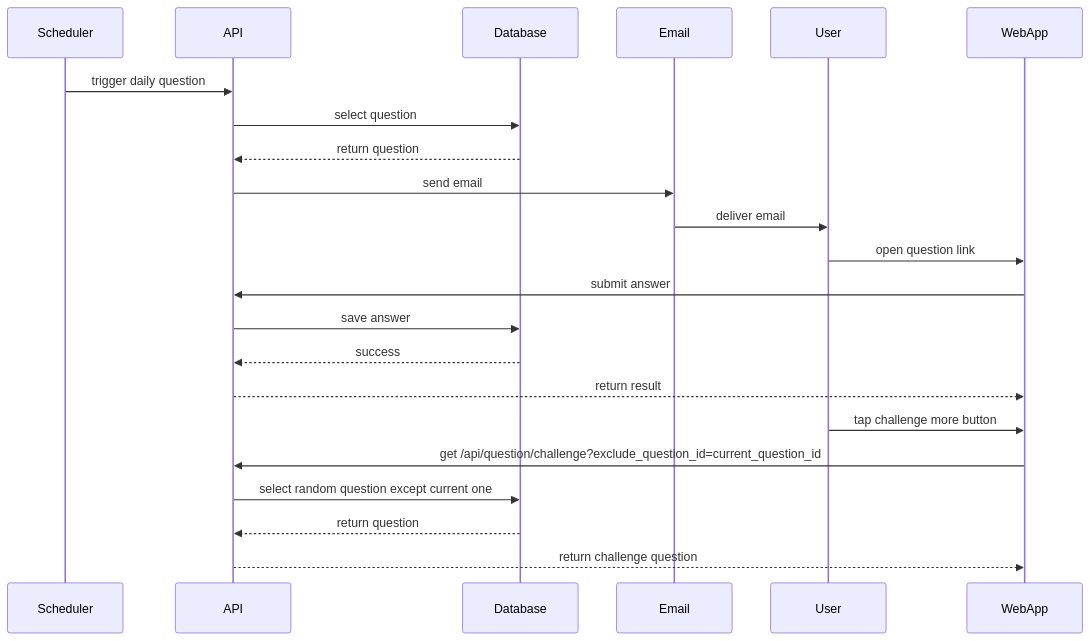
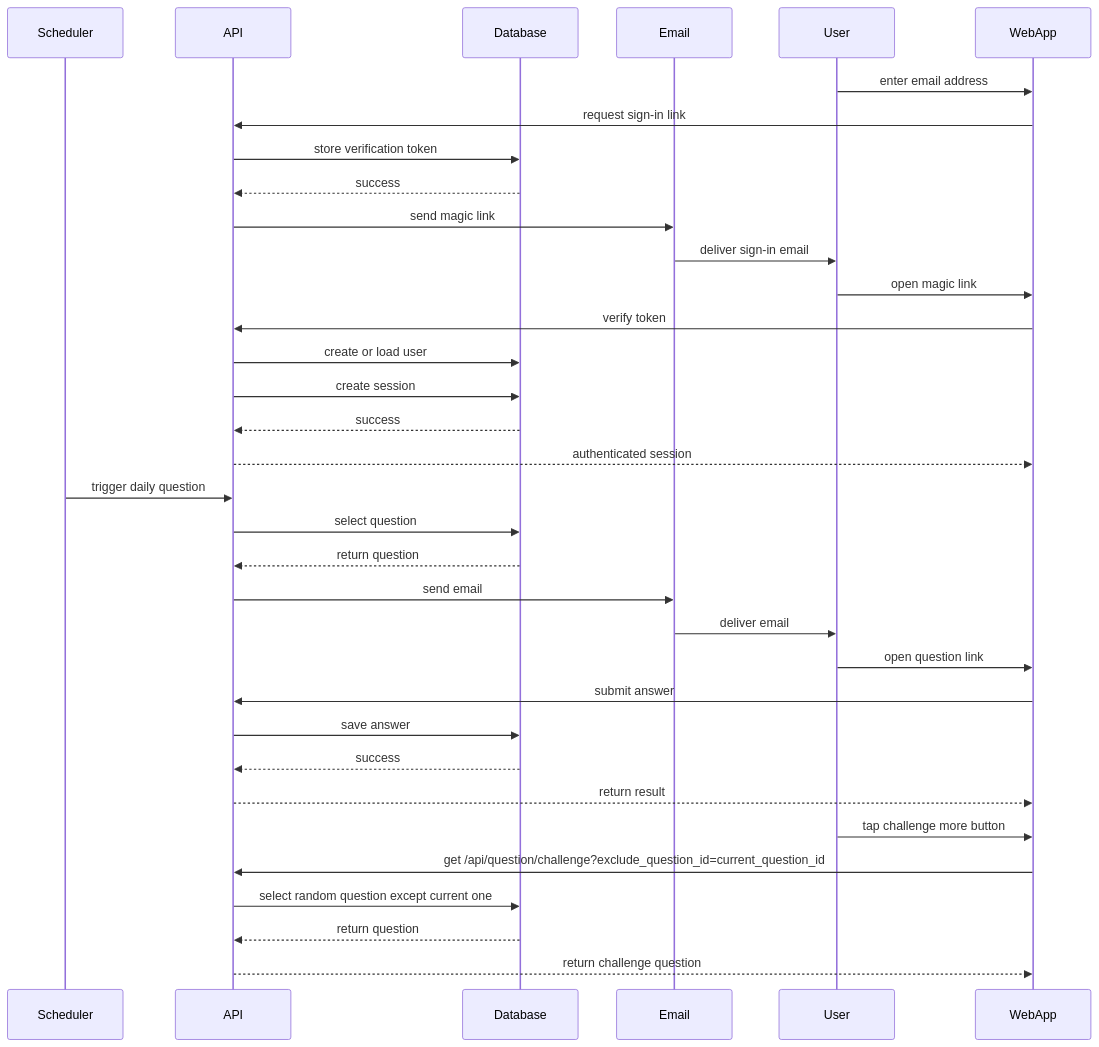
One commit to wwaaoonn/daily-study-app changed the diagram in docs/sequence-diagram.md. Above: the diagram before and after it, drawn with Mermaid. The commit also changed 4 other files, not shown here.

````diff
--- a/docs/sequence-diagram.md
+++ b/docs/sequence-diagram.md
@@ -3,32 +3,45 @@
 ```mermaid
 sequenceDiagram
 
 participant Scheduler
 participant API
 participant Database
 participant Email
 participant User
 participant WebApp
+
+User->>WebApp: enter email address
+WebApp->>API: request sign-in link
+API->>Database: store verification token
+Database-->>API: success
+API->>Email: send magic link
+Email->>User: deliver sign-in email
+User->>WebApp: open magic link
+WebApp->>API: verify token
+API->>Database: create or load user
+API->>Database: create session
+Database-->>API: success
+API-->>WebApp: authenticated session
 
 Scheduler->>API: trigger daily question
 
 API->>Database: select question
 Database-->>API: return question
 
 API->>Email: send email
 Email->>User: deliver email
 
 User->>WebApp: open question link
 
 WebApp->>API: submit answer
 
 API->>Database: save answer
 Database-->>API: success
 
 API-->>WebApp: return result
 User->>WebApp: tap challenge more button
 WebApp->>API: get /api/question/challenge?exclude_question_id=current_question_id
 API->>Database: select random question except current one
 Database-->>API: return question
 API-->>WebApp: return challenge question
 ```
````
